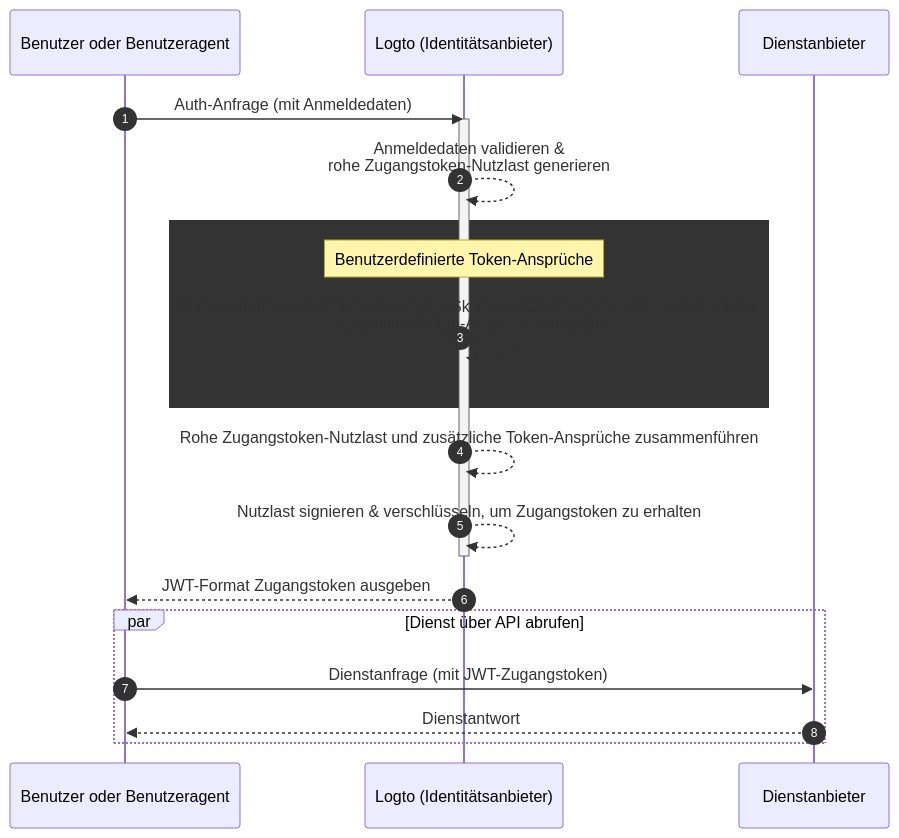
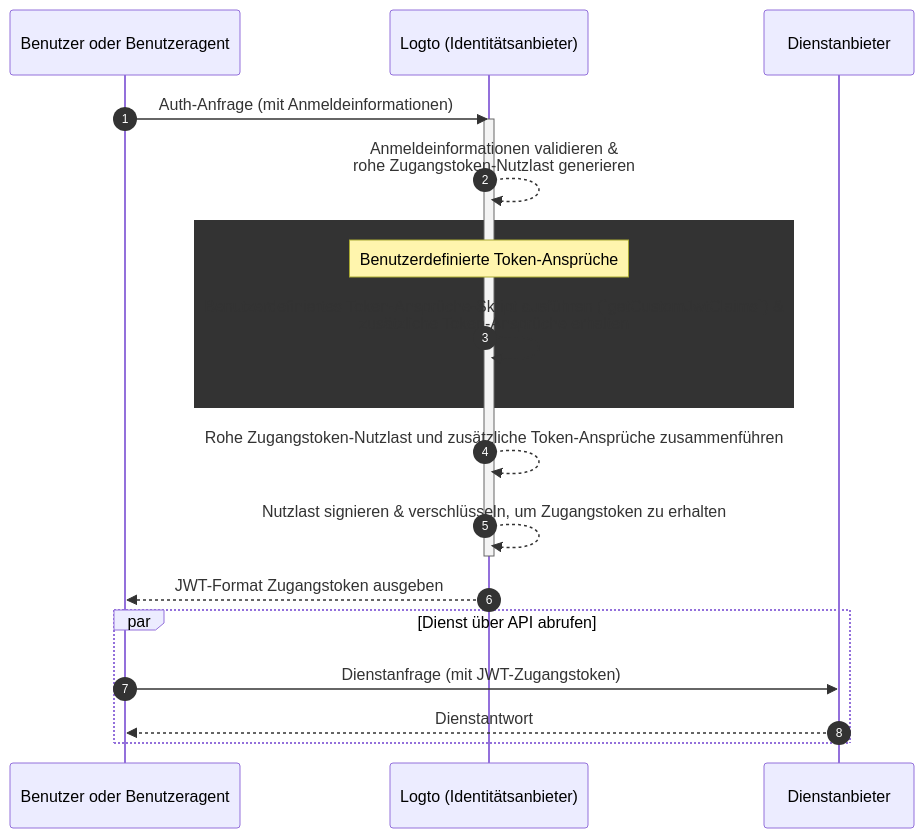
One commit to logto-io/docs changed the diagram in i18n/de/docusaurus-plugin-content-docs/current/developers/custom-token-claims/README.mdx. Above: the diagram before and after it, drawn with Mermaid. The commit also changed other lines of this file and 407 other files, not shown here.

````diff
--- a/i18n/de/docusaurus-plugin-content-docs/current/developers/custom-token-claims/README.mdx
+++ b/i18n/de/docusaurus-plugin-content-docs/current/developers/custom-token-claims/README.mdx
@@ -24,23 +26,23 @@
 ```mermaid
 sequenceDiagram
   participant U as Benutzer oder Benutzeragent
   participant IdP as Logto (Identitätsanbieter)
   participant SP as Dienstanbieter
 
   autonumber
-  U ->> IdP: Auth-Anfrage (mit Anmeldedaten)
+  U ->> IdP: Auth-Anfrage (mit Anmeldeinformationen)
   activate IdP
-  IdP-->>IdP: Anmeldedaten validieren &<br/>rohe Zugangstoken-Nutzlast generieren
+  IdP-->>IdP: Anmeldeinformationen validieren &<br/>rohe Zugangstoken-Nutzlast generieren
   rect var(--mermaid-rect-fill)
   note over IdP: Benutzerdefinierte Token-Ansprüche
   IdP->>IdP: Benutzerdefiniertes Token-Ansprüche-Skript ausführen (`getCustomJwtClaims`) &<br/>zusätzliche Token-Ansprüche erhalten
   end
   IdP-->>IdP: Rohe Zugangstoken-Nutzlast und zusätzliche Token-Ansprüche zusammenführen
   IdP-->>IdP: Nutzlast signieren & verschlüsseln, um Zugangstoken zu erhalten
   deactivate IdP
   IdP-->>U: JWT-Format Zugangstoken ausgeben
   par Dienst über API abrufen
   U->>SP: Dienstanfrage (mit JWT-Zugangstoken)
   SP-->>U: Dienstantwort
   end
 ```
````
